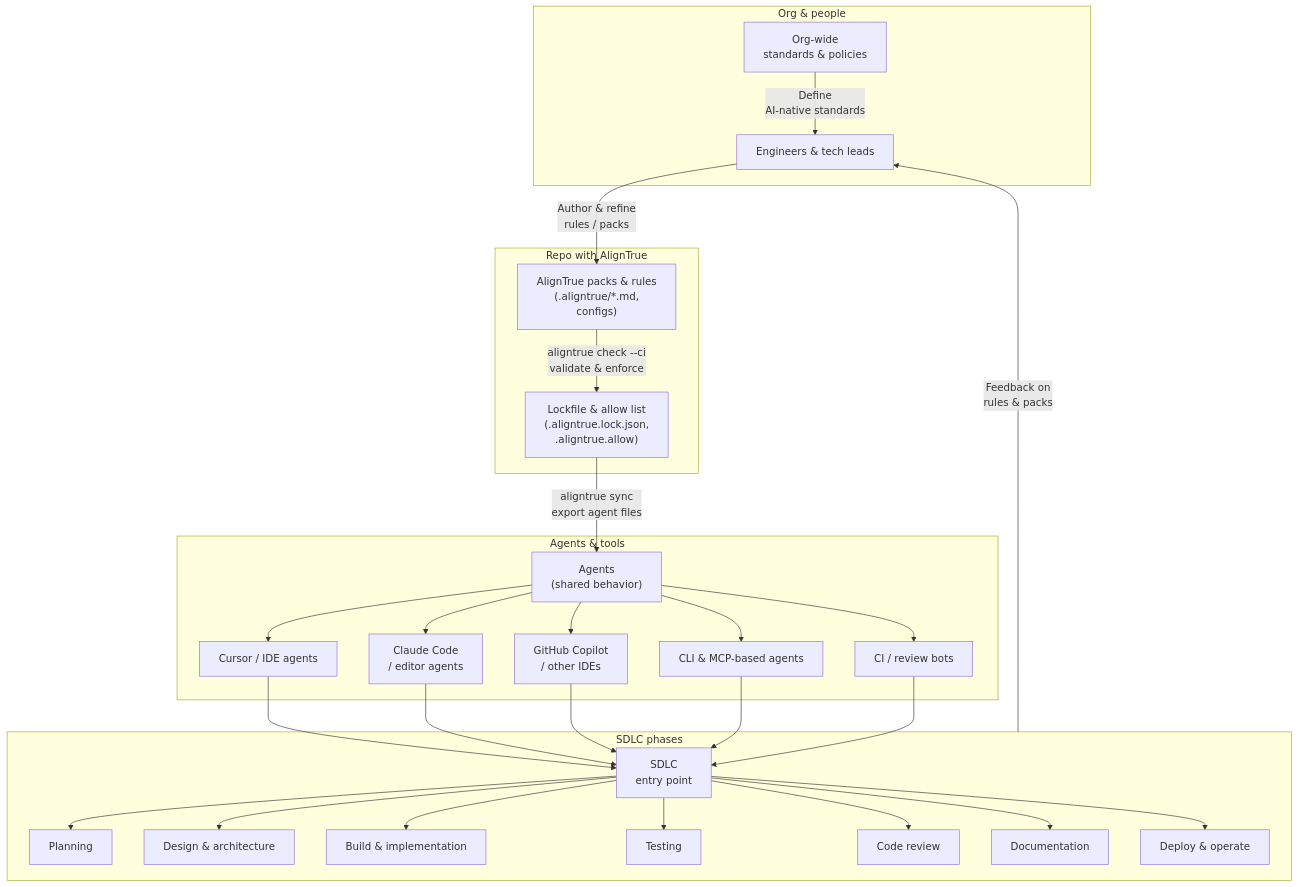
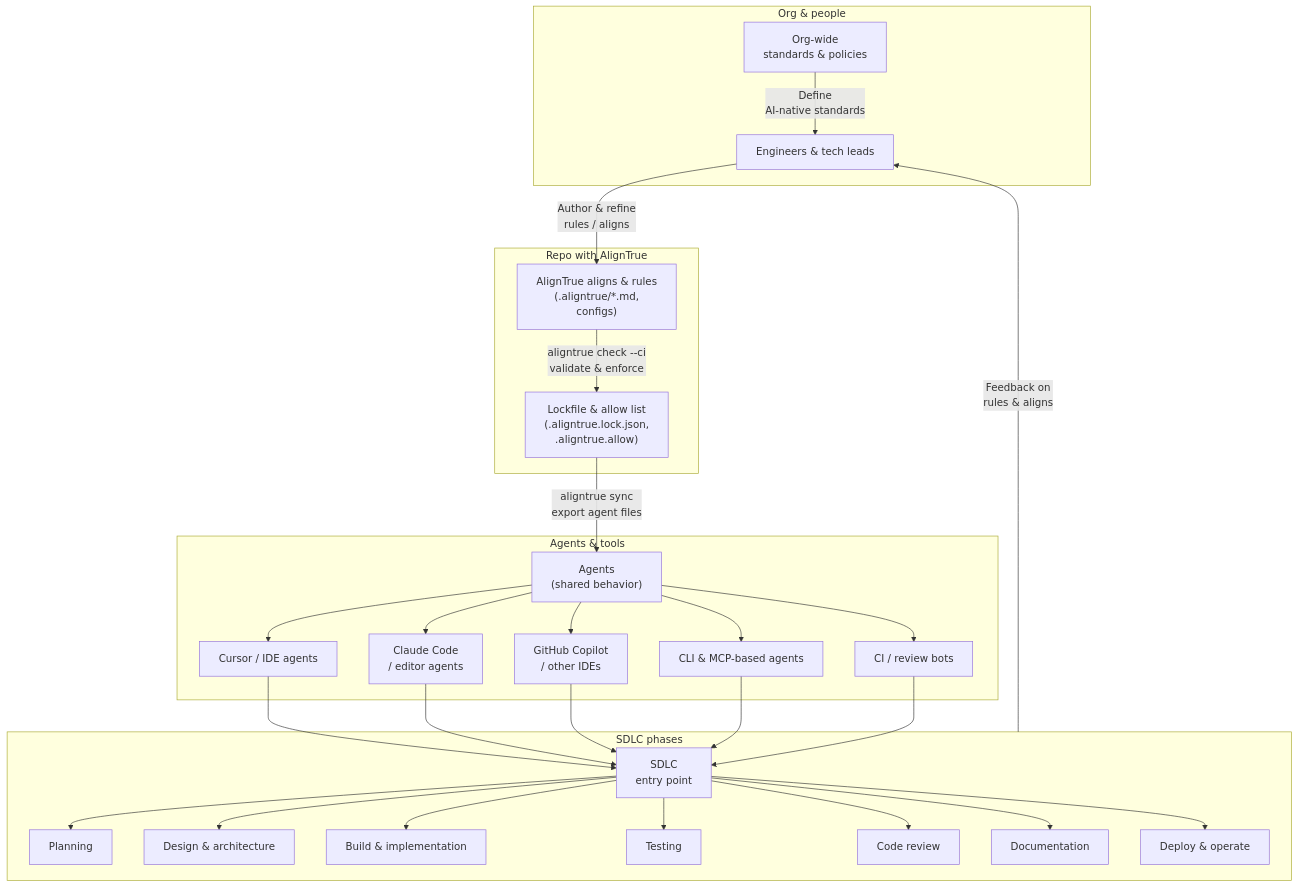
The diagram in apps/docs/content/01-guides/07-ai-native-engineering.md (AlignTrue/aligntrue-sync), drawn with Mermaid before and after one commit. The commit also changed other lines of this file and 18 other files, not shown here.

````diff
--- a/apps/docs/content/01-guides/07-ai-native-engineering.md
+++ b/apps/docs/content/01-guides/07-ai-native-engineering.md
@@ -145,74 +145,74 @@
 ```mermaid
 flowchart TD
 
 %% -------------------------------
 %% Top: Org & people
 %% -------------------------------
 subgraph OrgLayer["Org & people"]
   Org["Org-wide\nstandards & policies"]
   Dev["Engineers & tech leads"]
   Org -->|"Define\nAI-native standards"| Dev
 end
 
 %% -------------------------------
 %% Middle: Repo with AlignTrue
 %% -------------------------------
 subgraph Repo["Repo with AlignTrue"]
-  ATCfg["AlignTrue packs & rules\n(.aligntrue/*.md,\nconfigs)"]
+  ATCfg["AlignTrue aligns & rules\n(.aligntrue/*.md,\nconfigs)"]
   ATLock["Lockfile & allow list\n(.aligntrue.lock.json,\n.aligntrue.allow)"]
 
-  Dev -->|"Author & refine\nrules / packs"| ATCfg
+  Dev -->|"Author & refine\nrules / aligns"| ATCfg
   ATCfg -->|"aligntrue check --ci\nvalidate & enforce"| ATLock
 end
 
 %% -------------------------------
 %% Lower middle: Agents & tools
 %% -------------------------------
 subgraph AgentsBox["Agents & tools"]
   AgentsHub["Agents\n(shared behavior)"]
   Cursor["Cursor / IDE agents"]
   ClaudeCode["Claude Code\n/ editor agents"]
   Copilot["GitHub Copilot\n/ other IDEs"]
   CLIAgents["CLI & MCP-based agents"]
   ReviewBots["CI / review bots"]
 
   AgentsHub --> Cursor
   AgentsHub --> ClaudeCode
   AgentsHub --> Copilot
   AgentsHub --> CLIAgents
   AgentsHub --> ReviewBots
 end
 
 %% -------------------------------
 %% Bottom: SDLC phases
 %% -------------------------------
 subgraph SDLCBox["SDLC phases"]
   SDLCHub["SDLC\nentry point"]
   Plan[Planning]
   Design[Design & architecture]
   Build[Build & implementation]
   Test[Testing]
   Review[Code review]
   Docs[Documentation]
   Ops[Deploy & operate]
 
   SDLCHub --> Plan
   SDLCHub --> Design
   SDLCHub --> Build
   SDLCHub --> Test
   SDLCHub --> Review
   SDLCHub --> Docs
   SDLCHub --> Ops
 end
 
 %% Cross-layer connections
 ATLock -->|"aligntrue sync\nexport agent files"| AgentsHub
 
 Cursor --> SDLCHub
 ClaudeCode --> SDLCHub
 Copilot --> SDLCHub
 CLIAgents --> SDLCHub
 ReviewBots --> SDLCHub
 
-SDLCBox -->|"Feedback on\nrules & packs"| Dev
+SDLCBox -->|"Feedback on\nrules & aligns"| Dev
 ```
````
